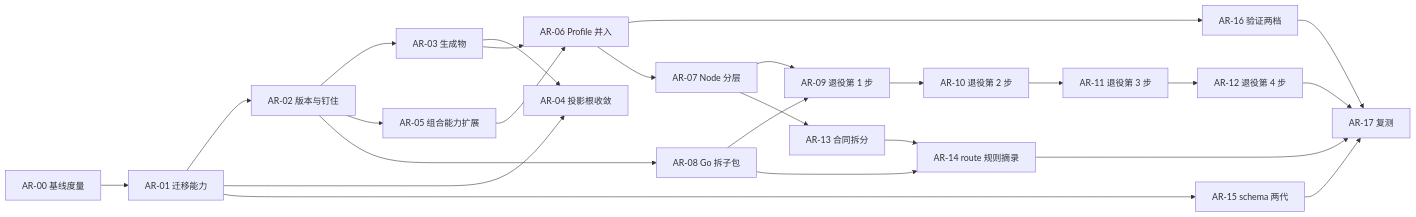
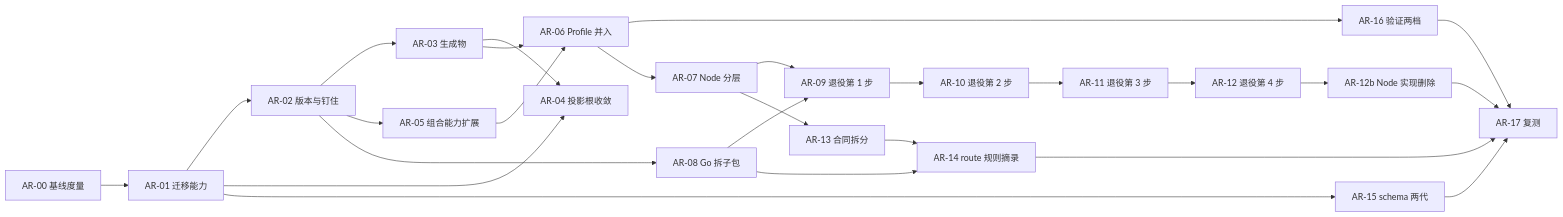
Before and after one commit to iloveZzz/yss-spec-project-template: the diagram in .template-source/contracts/architecture-iteration-v1-plan.md, drawn with Mermaid. The commit also changed other lines of this file, not shown here.

First line of the commit message:
docs(arch): AR-11 按入口收口，approval/user-decision Node 实现删除顺延为 AR-12b

````diff
--- a/.template-source/contracts/architecture-iteration-v1-plan.md
+++ b/.template-source/contracts/architecture-iteration-v1-plan.md
@@ -28,27 +28,28 @@
 ```mermaid
 flowchart LR
   AR00[AR-00 基线度量] --> AR01[AR-01 迁移能力]
   AR01 --> AR02[AR-02 版本与钉住]
   AR02 --> AR03[AR-03 生成物]
   AR03 --> AR04[AR-04 投影根收敛]
   AR01 --> AR04
   AR02 --> AR05[AR-05 组合能力扩展]
   AR05 --> AR06[AR-06 Profile 并入]
   AR03 --> AR06
   AR06 --> AR16[AR-16 验证两档]
   AR06 --> AR07[AR-07 Node 分层]
   AR02 --> AR08[AR-08 Go 拆子包]
   AR07 --> AR09[AR-09 退役第 1 步]
   AR08 --> AR09
   AR09 --> AR10[AR-10 退役第 2 步]
   AR10 --> AR11[AR-11 退役第 3 步]
   AR11 --> AR12[AR-12 退役第 4 步]
   AR07 --> AR13[AR-13 合同拆分]
   AR13 --> AR14[AR-14 route 规则摘录]
   AR08 --> AR14
   AR01 --> AR15[AR-15 schema 两代]
-  AR12 --> AR17[AR-17 复测]
+  AR12 --> AR12b[AR-12b Node 实现删除]
+  AR12b --> AR17[AR-17 复测]
   AR14 --> AR17
   AR15 --> AR17
   AR16 --> AR17
 ```
````
